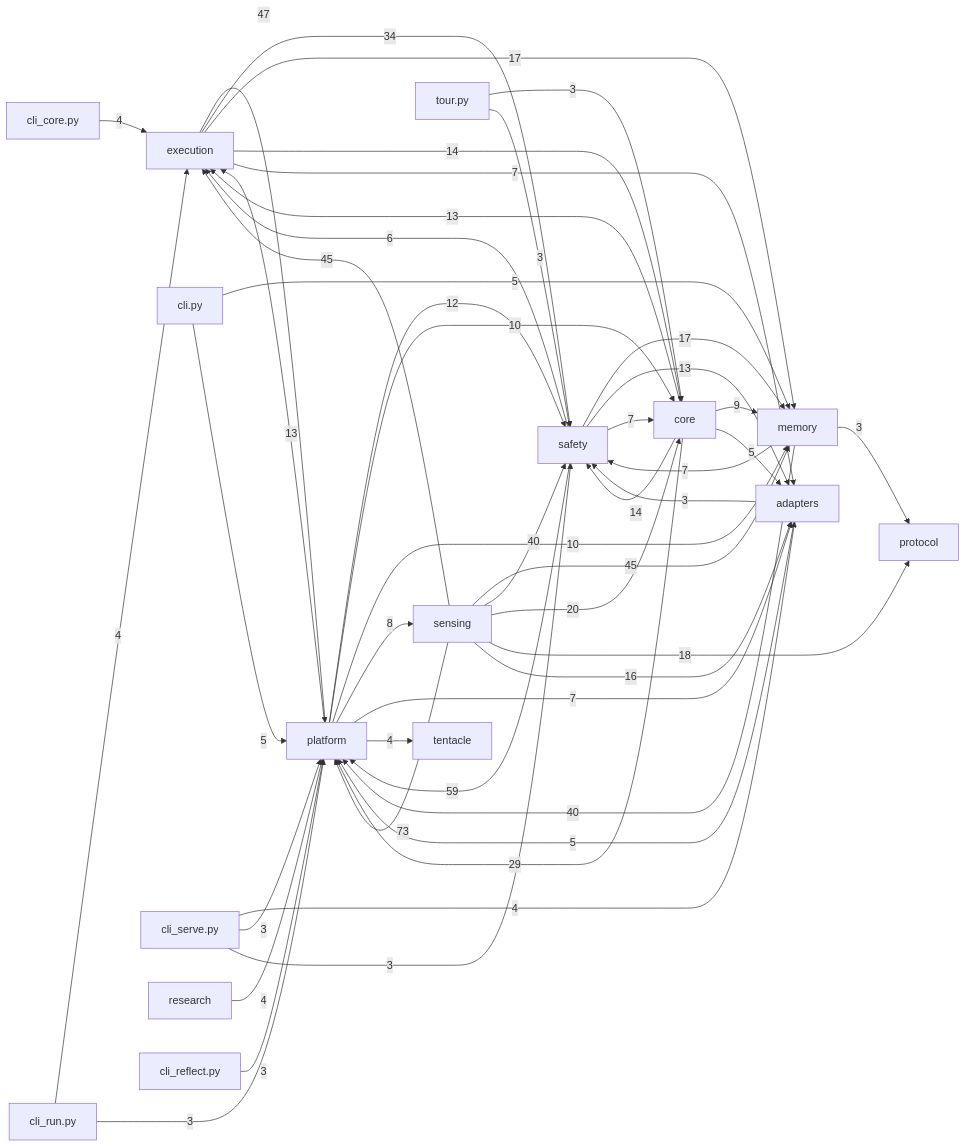
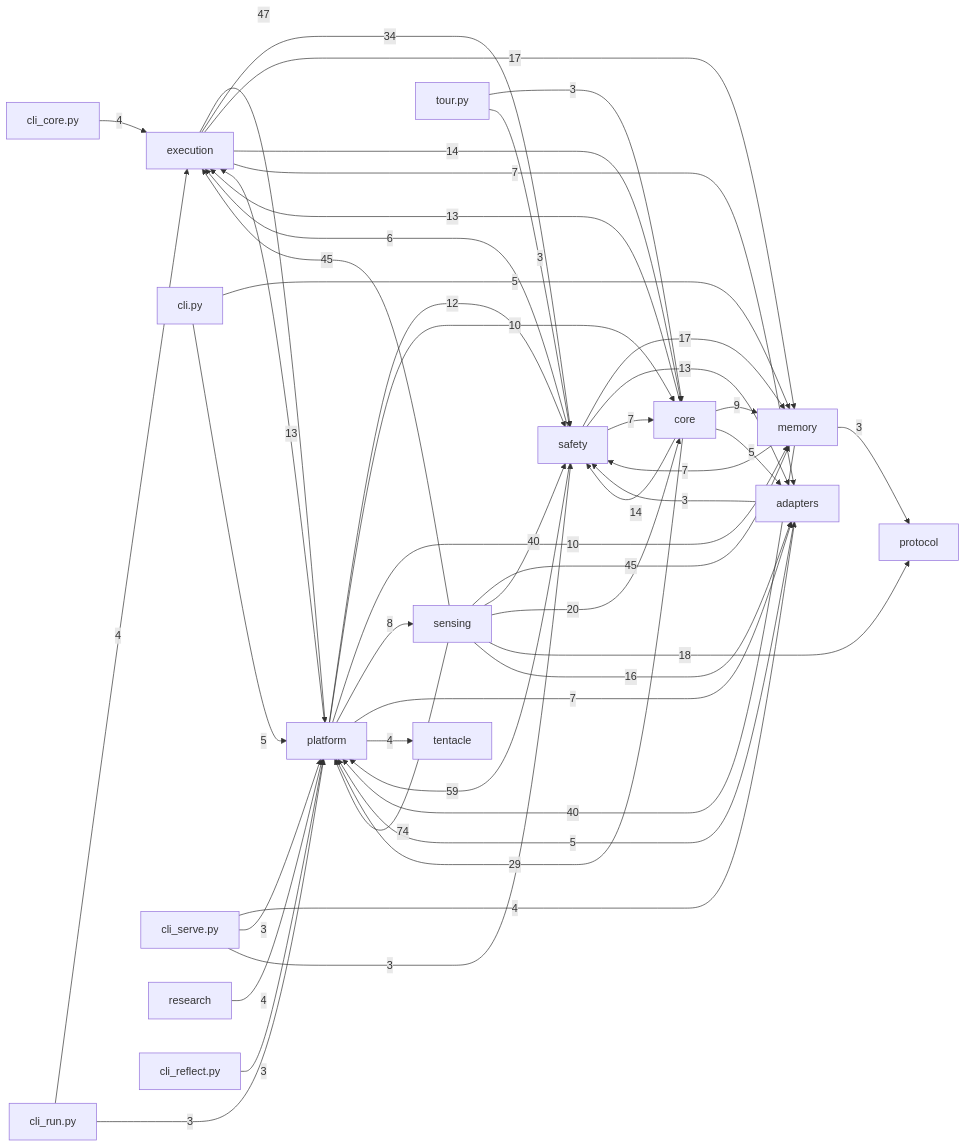
Before and after one commit to dengdenghua/octopus-agent: the diagram in docs/auto/20-backend/index.md, drawn with Mermaid. The commit also changed 4 other files, not shown here.

````diff
--- a/docs/auto/20-backend/index.md
+++ b/docs/auto/20-backend/index.md
@@ -26,56 +26,56 @@
 ```mermaid
 graph LR
   execution[execution]
   core[core]
   safety[safety]
   memory[memory]
   sensing[sensing]
   adapters[adapters]
   platform[platform]
-  sensing -- 73 --> platform
+  sensing -- 74 --> platform
   safety -- 59 --> platform
   execution -- 47 --> platform
   sensing -- 45 --> execution
   sensing -- 45 --> memory
   memory -- 40 --> platform
   sensing -- 40 --> safety
   execution -- 34 --> safety
   core -- 29 --> platform
   sensing -- 20 --> core
   sensing -- 18 --> protocol
   execution -- 17 --> memory
   safety -- 17 --> memory
   sensing -- 16 --> adapters
   core -- 14 --> safety
   execution -- 14 --> core
   core -- 13 --> execution
   platform -- 13 --> execution
   safety -- 13 --> adapters
   platform -- 12 --> safety
   platform -- 10 --> core
   platform -- 10 --> memory
   core -- 9 --> memory
   platform -- 8 --> sensing
   execution -- 7 --> adapters
   memory -- 7 --> safety
   platform -- 7 --> adapters
   safety -- 7 --> core
   safety -- 6 --> execution
   adapters -- 5 --> platform
   cli.py -- 5 --> memory
   cli.py -- 5 --> platform
   core -- 5 --> adapters
   cli_core.py -- 4 --> execution
   cli_run.py -- 4 --> execution
   cli_serve.py -- 4 --> adapters
   platform -- 4 --> tentacle
   research -- 4 --> platform
   adapters -- 3 --> safety
   cli_reflect.py -- 3 --> platform
   cli_run.py -- 3 --> platform
   cli_serve.py -- 3 --> platform
   cli_serve.py -- 3 --> safety
   memory -- 3 --> protocol
   tour.py -- 3 --> core
   tour.py -- 3 --> safety
 ```
````
